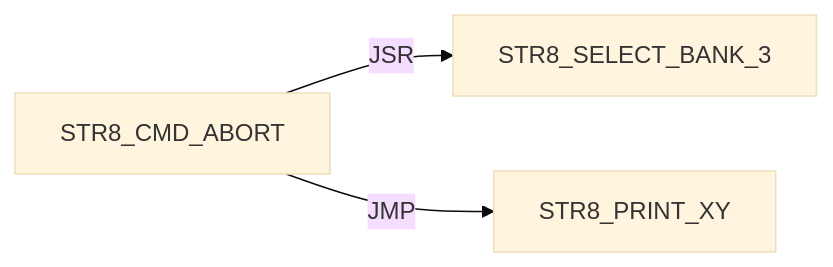
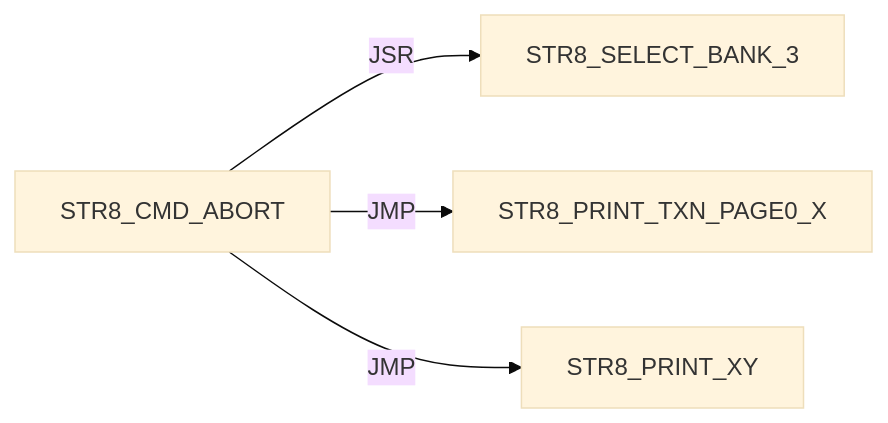
Before and after one commit to 95westus/R-YORS: diagram 34 of 42 in DOC/GUIDES/STR8/STR8_EDGE_DUMP.md, drawn with Mermaid (base theme). The commit also changed other lines of this file and 33 other files, not shown here.

````diff
--- a/DOC/GUIDES/STR8/STR8_EDGE_DUMP.md
+++ b/DOC/GUIDES/STR8/STR8_EDGE_DUMP.md
@@ -408,5 +464,6 @@
 ```mermaid
 flowchart LR
     N0["STR8_CMD_ABORT"] -->|JSR| N1["STR8_SELECT_BANK_3"]
-    N0["STR8_CMD_ABORT"] -->|JMP| N2["STR8_PRINT_XY"]
+    N0["STR8_CMD_ABORT"] -->|JMP| N2["STR8_PRINT_TXN_PAGE0_X"]
+    N0["STR8_CMD_ABORT"] -->|JMP| N3["STR8_PRINT_XY"]
 ```
````
